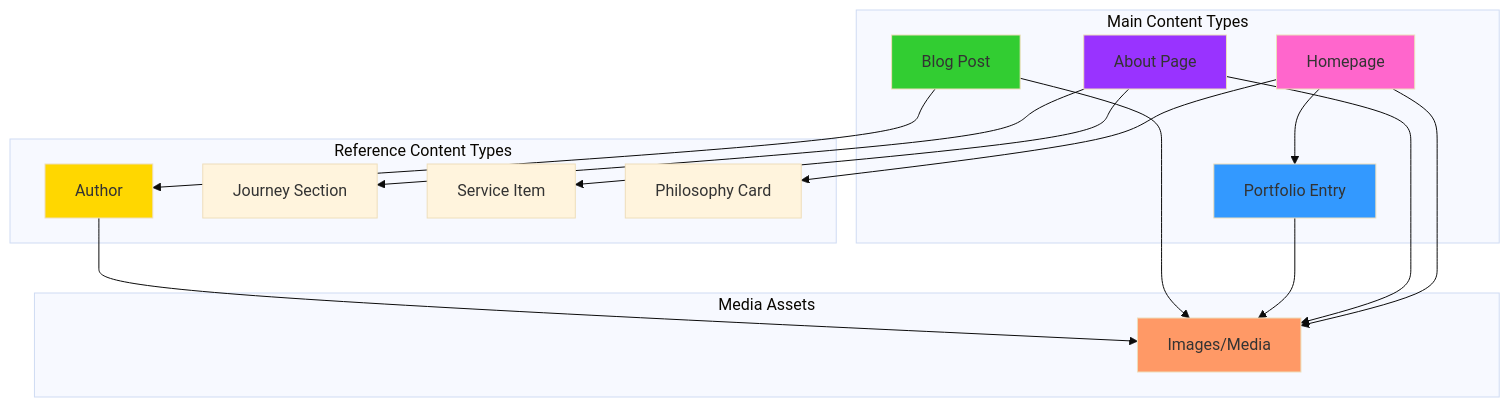
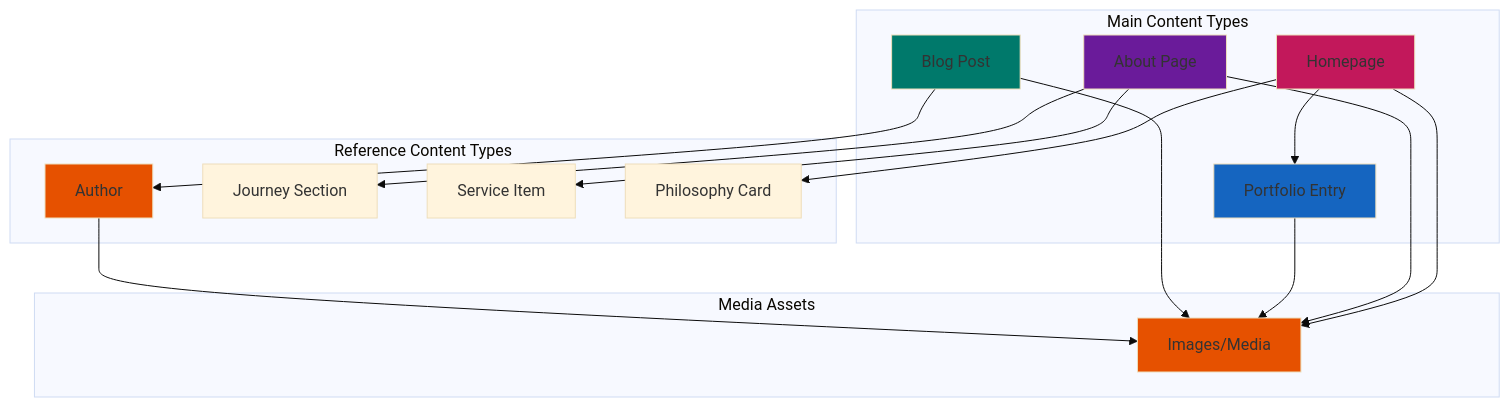
One commit to ashleyshaw/makeup-portfolio changed the first of 12 diagrams in src/CONTENTFUL_CONTENT_MODEL.md. Above: the diagram before and after it, drawn with Mermaid (base theme). The commit also changed other lines of this file and 55 other files, not shown here.

````diff
--- a/src/CONTENTFUL_CONTENT_MODEL.md
+++ b/src/CONTENTFUL_CONTENT_MODEL.md
@@ -17,38 +17,38 @@
 ```mermaid
 graph TB
     subgraph "Main Content Types"
         HP[Homepage]
         AP[About Page]
         PE[Portfolio Entry]
         BP[Blog Post]
     end
-    
+
     subgraph "Reference Content Types"
         AU[Author]
         JS[Journey Section]
         SL[Service Item]
         PC[Philosophy Card]
     end
-    
+
     subgraph "Media Assets"
         IMG[Images/Media]
     end
-    
+
     HP --> IMG
     HP --> PC
     HP --> PE
     AP --> IMG
     AP --> JS
     AP --> SL
     PE --> IMG
     BP --> IMG
     BP --> AU
     AU --> IMG
-    
-    style HP fill:#FF66CC
-    style AP fill:#9933FF
-    style PE fill:#3399FF
-    style BP fill:#32CD32
-    style AU fill:#FFD700
-    style IMG fill:#FF9966
+
+    style HP fill:#C2185B
+    style AP fill:#6A1B9A
+    style PE fill:#1565C0
+    style BP fill:#00796B
+    style AU fill:#E65100
+    style IMG fill:#E65100
 ```
````
